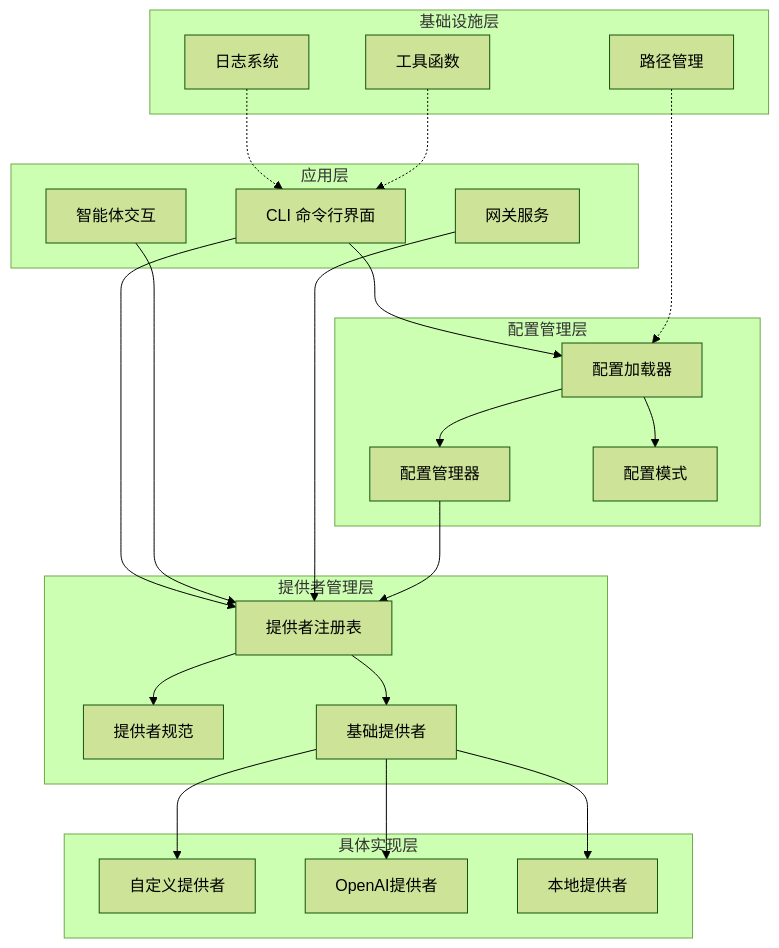
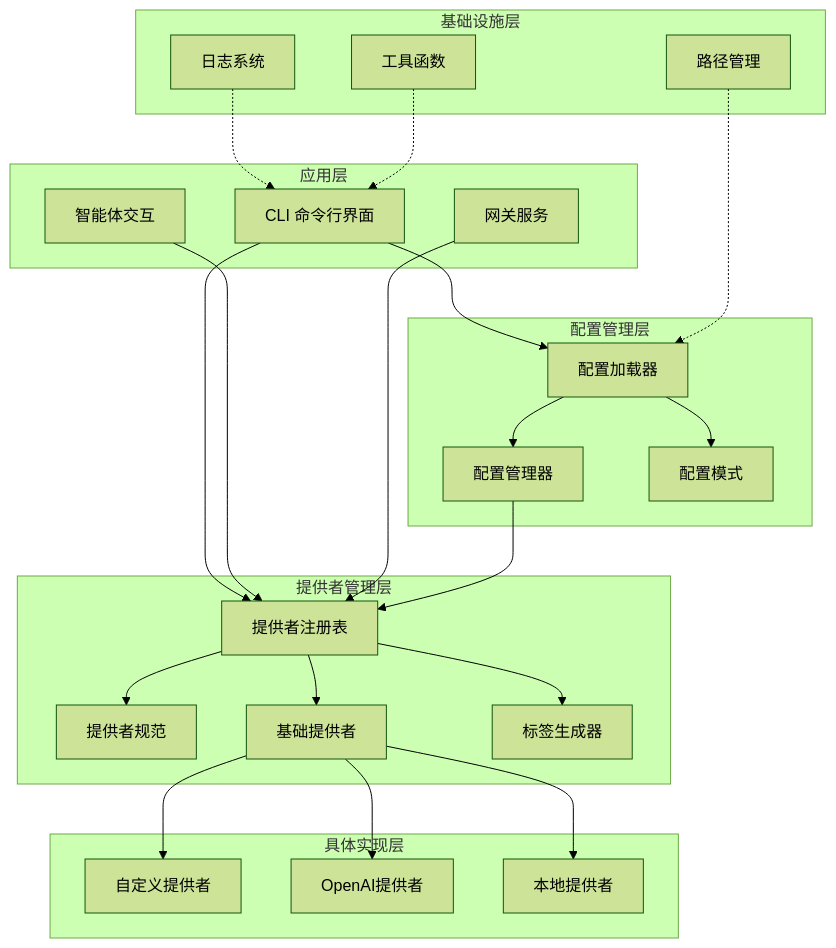
Before and after one commit to neciszhang/batbot: the fourth of 11 diagrams in .qoder/repowiki/zh/content/配置系统/提供者注册系统.md, drawn with Mermaid (forest theme). The commit also changed other lines of this file and 4 other files, not shown here.

````diff
--- a/.qoder/repowiki/zh/content/配置系统/提供者注册系统.md
+++ b/.qoder/repowiki/zh/content/配置系统/提供者注册系统.md
@@ -182,43 +192,45 @@
 ```mermaid
 graph TB
 subgraph "应用层"
 CLI[CLI 命令行界面]
 Agent[智能体交互]
 Gateway[网关服务]
 end
 subgraph "配置管理层"
 ConfigLoader[配置加载器]
 ConfigManager[配置管理器]
 Schema[配置模式]
 end
 subgraph "提供者管理层"
 ProviderRegistry[提供者注册表]
 ProviderSpec[提供者规范]
 BaseProvider[基础提供者]
+getProviderLabel[标签生成器]
 end
 subgraph "具体实现层"
 CustomProvider[自定义提供者]
 OpenAIProvider[OpenAI提供者]
 LocalProvider[本地提供者]
 end
 subgraph "基础设施层"
 Logger[日志系统]
 Utils[工具函数]
 Paths[路径管理]
 end
 CLI --> ConfigLoader
 CLI --> ProviderRegistry
 Agent --> ProviderRegistry
 Gateway --> ProviderRegistry
 ConfigLoader --> Schema
 ConfigLoader --> ConfigManager
 ConfigManager --> ProviderRegistry
 ProviderRegistry --> ProviderSpec
 ProviderRegistry --> BaseProvider
+ProviderRegistry --> getProviderLabel
 BaseProvider --> CustomProvider
 BaseProvider --> OpenAIProvider
 BaseProvider --> LocalProvider
 Logger -.-> CLI
 Utils -.-> CLI
 Paths -.-> ConfigLoader
 ```
````
